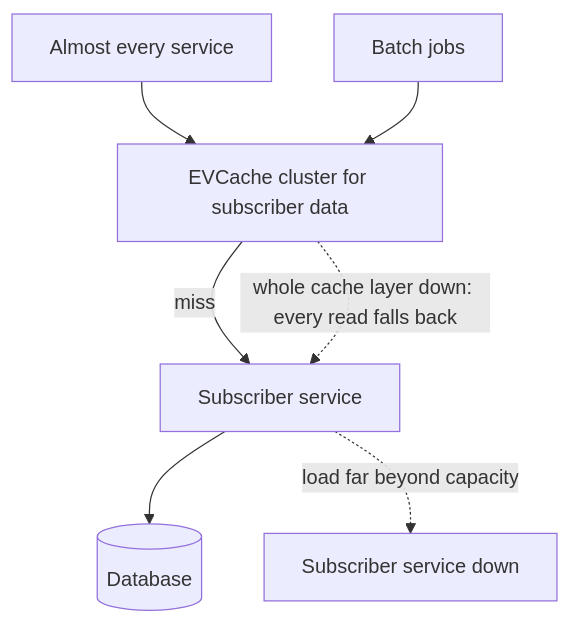
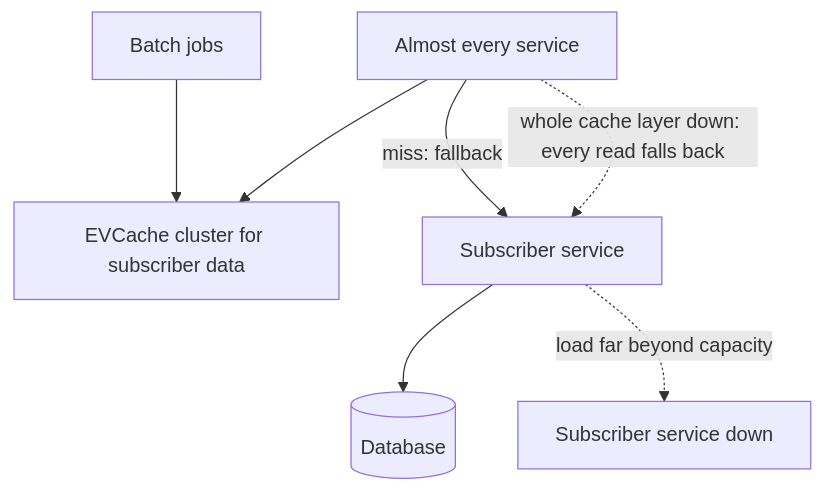
One commit to khanhnguyendev/engineering-reader changed the diagram in content/posts/netflix-microservices-mastering-chaos/en.mdx. Above: the diagram before and after it, drawn with Mermaid. The commit also changed other lines of this file and 3 other files, not shown here.

First line of the commit message:
content(netflix): review fix round 1 (2012 scope, 2000 ref, lesson 1, diagram edges)

````diff
--- a/content/posts/netflix-microservices-mastering-chaos/en.mdx
+++ b/content/posts/netflix-microservices-mastering-chaos/en.mdx
@@ -70,9 +70,9 @@
 ```mermaid
 flowchart TD
     A[Almost every service] --> B[EVCache cluster for subscriber data]
     C[Batch jobs] --> B
-    B -->|miss| D[Subscriber service]
+    A -->|miss: fallback| D[Subscriber service]
     D --> E[(Database)]
-    B -.->|whole cache layer down: every read falls back| D
+    A -.->|whole cache layer down: every read falls back| D
     D -.->|load far beyond capacity| F[Subscriber service down]
 ```
````
